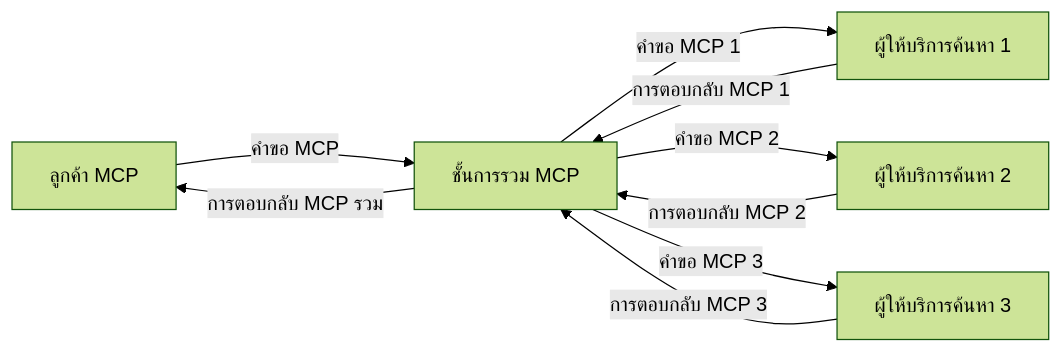
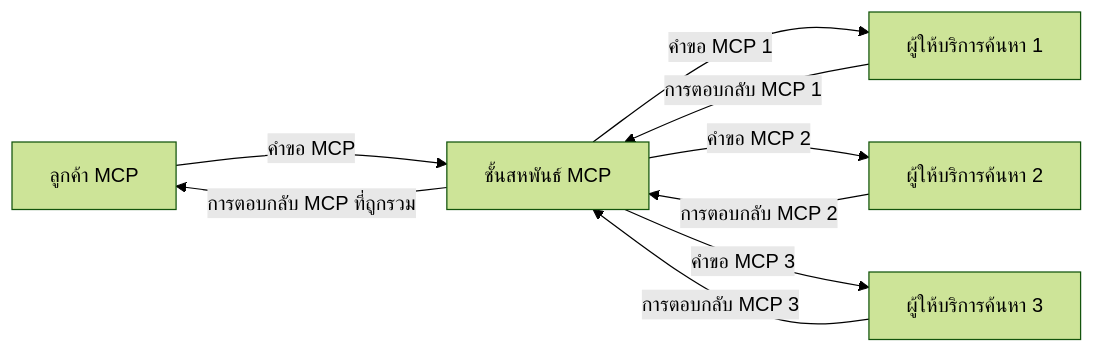
One commit to microsoft/mcp-for-beginners changed the third of 4 diagrams in translations/th/05-AdvancedTopics/mcp-realtimesearch/README.md. Above: the diagram before and after it, drawn with Mermaid (forest theme). The commit also changed other lines of this file and 148 other files, not shown here.

````diff
--- a/translations/th/05-AdvancedTopics/mcp-realtimesearch/README.md
+++ b/translations/th/05-AdvancedTopics/mcp-realtimesearch/README.md
@@ -610,11 +612,11 @@
 ```mermaid
 graph LR
-    Client[ลูกค้า MCP] --> |คำขอ MCP| Federation[ชั้นการรวม MCP]
+    Client[ลูกค้า MCP] --> |คำขอ MCP| Federation[ชั้นสหพันธ์ MCP]
     Federation --> |คำขอ MCP 1| Search1[ผู้ให้บริการค้นหา 1]
     Federation --> |คำขอ MCP 2| Search2[ผู้ให้บริการค้นหา 2]
     Federation --> |คำขอ MCP 3| Search3[ผู้ให้บริการค้นหา 3]
     Search1 --> |การตอบกลับ MCP 1| Federation
     Search2 --> |การตอบกลับ MCP 2| Federation
     Search3 --> |การตอบกลับ MCP 3| Federation
-    Federation --> |การตอบกลับ MCP รวม| Client
+    Federation --> |การตอบกลับ MCP ที่ถูกรวม| Client
 ```
````
